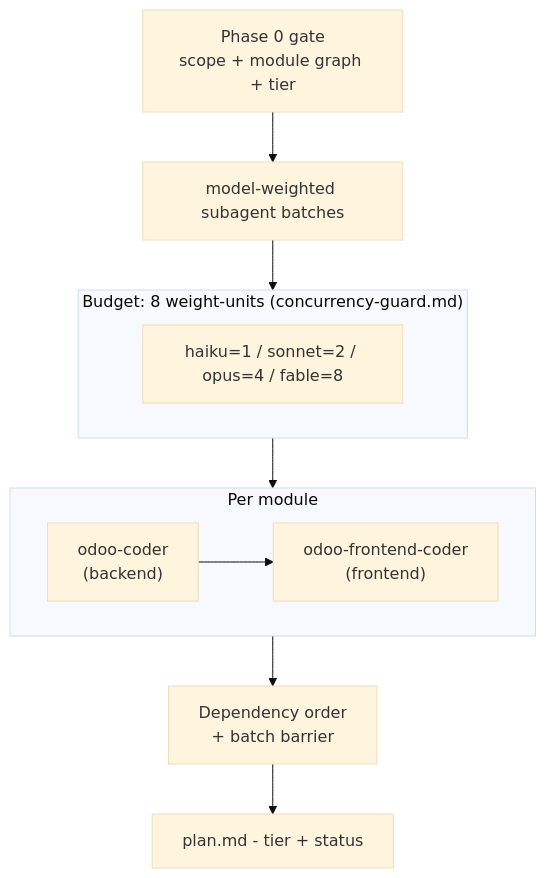
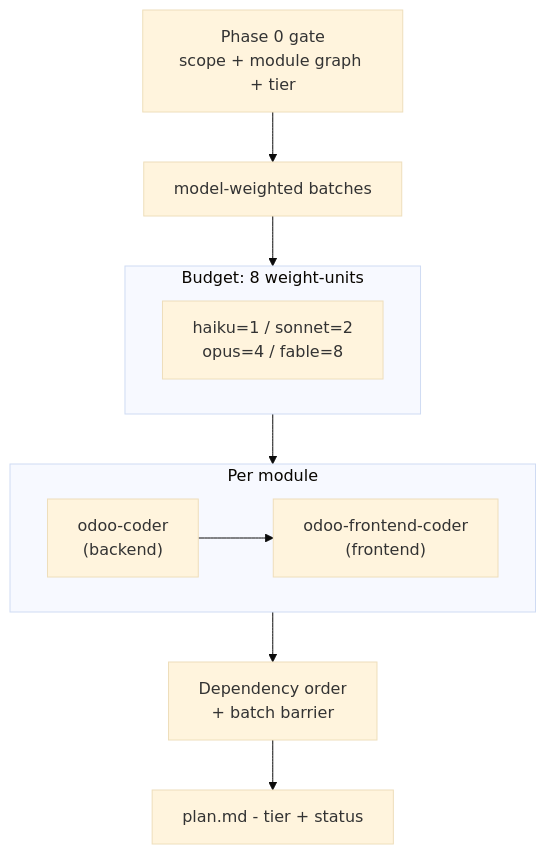
One commit to Viindoo/odoo-mcp-client changed the second of 4 diagrams in plugins/odoo-ai-agents/README.md. Above: the diagram before and after it, drawn with Mermaid (base theme). The commit also changed other lines of this file and 29 other files, not shown here.

````diff
--- a/plugins/odoo-ai-agents/README.md
+++ b/plugins/odoo-ai-agents/README.md
@@ -254,19 +193,19 @@
 ```mermaid
 flowchart TD
     GATE["Phase 0 gate<br/>scope + module graph + tier"]
-    GATE --> BATCH["model-weighted subagent batches"]
+    GATE --> BATCH["model-weighted batches"]
 
-    subgraph BUDGET["Budget: 8 weight-units (concurrency-guard.md)"]
-        W["haiku=1 / sonnet=2 / opus=4 / fable=8"]
+    subgraph BUDGET["Budget: 8 weight-units"]
+        W["haiku=1 / sonnet=2<br/>opus=4 / fable=8"]
     end
 
     BATCH --> BUDGET
 
     subgraph PERMOD["Per module"]
         BE["odoo-coder<br/>(backend)"] --> FE["odoo-frontend-coder<br/>(frontend)"]
     end
 
     BUDGET --> PERMOD
     PERMOD --> DEP["Dependency order<br/>+ batch barrier"]
     DEP --> PLAN["plan.md - tier + status"]
 ```
````
